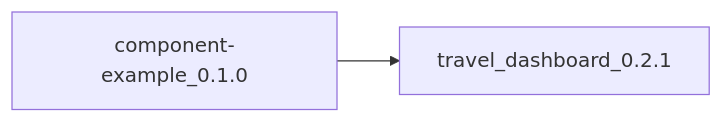
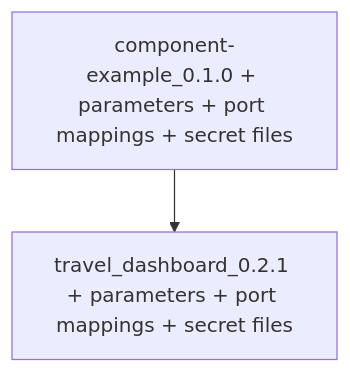
Before and after one commit to odtp-org/odtp-manuals: the diagram in docs/tutorials/executions.md, drawn with Mermaid. The commit also changed other lines of this file and 106 other files, not shown here.

````diff
--- a/docs/tutorials/executions.md
+++ b/docs/tutorials/executions.md
@@ -9,4 +11,6 @@
-    ``` mermaid
-    graph LR
-    component-example_0.1.0 --> travel_dashboard_0.2.1;
-    ``` 
+``` mermaid
+graph TB
+A[component-example_0.1.0 + parameters + port mappings + secret files]
+B[travel_dashboard_0.2.1 + parameters + port mappings + secret files]
+A --> B;
+```
````
